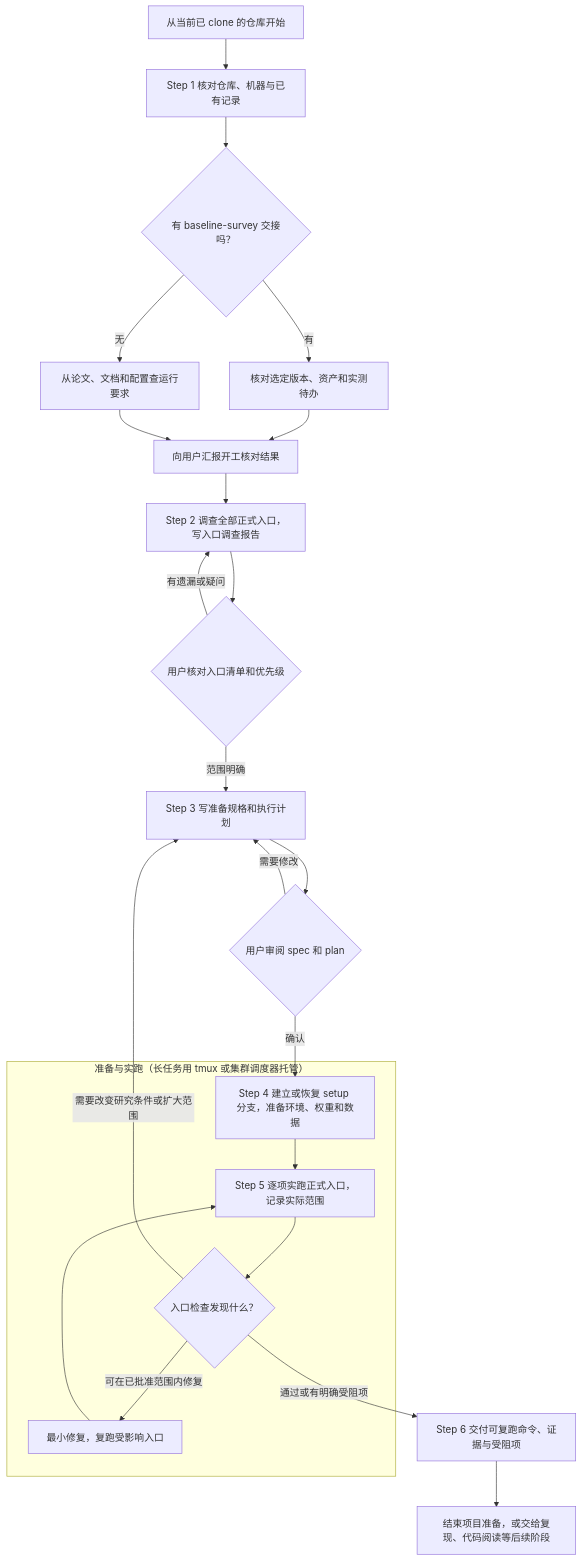
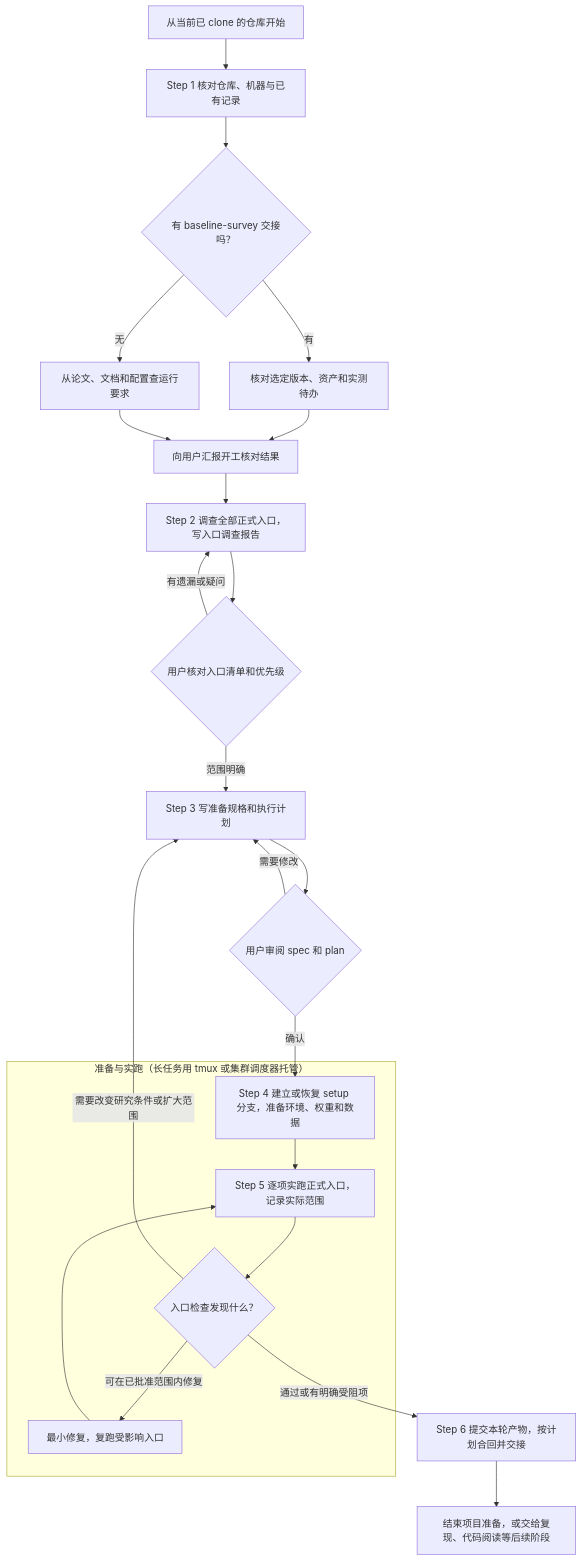
The second of 2 diagrams in plugins/dl-assistant/skills/code-project-setup/SKILL.md (jackwang0108/dl-assistant), drawn with Mermaid before and after one commit. The commit also changed other lines of this file and 4 other files, not shown here.

````diff
--- a/plugins/dl-assistant/skills/code-project-setup/SKILL.md
+++ b/plugins/dl-assistant/skills/code-project-setup/SKILL.md
@@ -40,32 +40,32 @@
 ```mermaid
 flowchart TD
     START["从当前已 clone 的仓库开始"] --> S1["Step 1 核对仓库、机器与已有记录"]
     S1 --> INPUT{"有 baseline-survey 交接吗？"}
     INPUT -->|"有"| SURVEY["核对选定版本、资产和实测待办"]
     INPUT -->|"无"| PAPER["从论文、文档和配置查运行要求"]
     SURVEY --> BRIEF["向用户汇报开工核对结果"]
     PAPER --> BRIEF
     BRIEF --> S2
 
     S2["Step 2 调查全部正式入口，写入口调查报告"] --> R1{"用户核对入口清单和优先级"}
     R1 -->|"有遗漏或疑问"| S2
     R1 -->|"范围明确"| S3["Step 3 写准备规格和执行计划"]
     S3 --> R2{"用户审阅 spec 和 plan"}
     R2 -->|"需要修改"| S3
     R2 -->|"确认"| S4
 
     subgraph EXEC["准备与实跑（长任务用 tmux 或集群调度器托管）"]
         S4["Step 4 建立或恢复 setup 分支，准备环境、权重和数据"]
         S5["Step 5 逐项实跑正式入口，记录实际范围"]
         CHECK{"入口检查发现什么？"}
         FIX["最小修复，复跑受影响入口"]
 
         S4 --> S5 --> CHECK
         CHECK -->|"可在已批准范围内修复"| FIX
         FIX --> S5
     end
 
     CHECK -->|"需要改变研究条件或扩大范围"| S3
-    CHECK -->|"通过或有明确受阻项"| S6["Step 6 交付可复跑命令、证据与受阻项"]
+    CHECK -->|"通过或有明确受阻项"| S6["Step 6 提交本轮产物，按计划合回并交接"]
     S6 --> NEXT["结束项目准备，或交给复现、代码阅读等后续阶段"]
 ```
````
